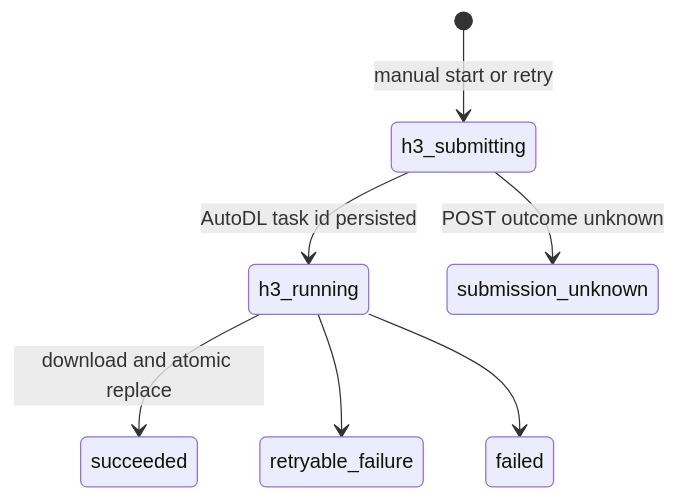
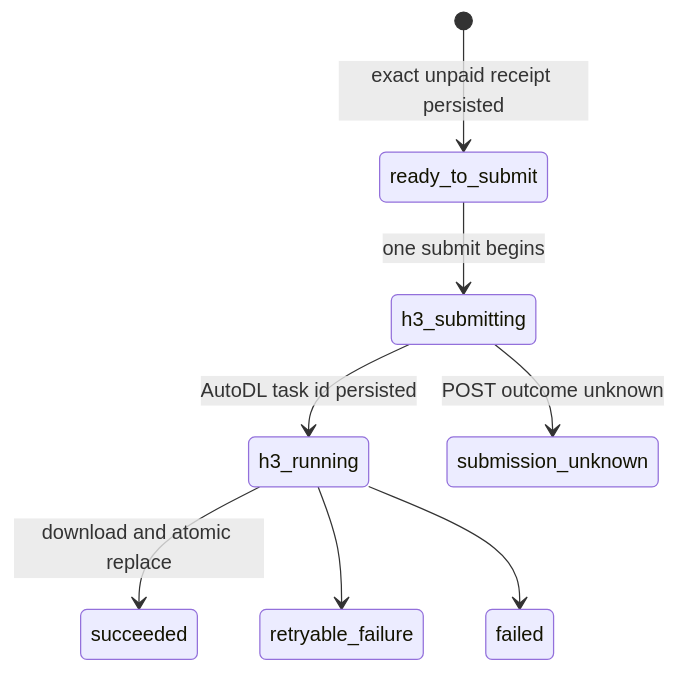
Before and after one commit to xy-plus/duet-ad: the third of 3 diagrams in docs/agent/architecture/architecture.md, drawn with Mermaid. The commit also changed other lines of this file and 3 other files, not shown here.

````diff
--- a/docs/agent/architecture/architecture.md
+++ b/docs/agent/architecture/architecture.md
@@ -110,9 +110,10 @@
 ```mermaid
 stateDiagram-v2
-  [*] --> h3_submitting: manual start or retry
+  [*] --> ready_to_submit: exact unpaid receipt persisted
+  ready_to_submit --> h3_submitting: one submit begins
   h3_submitting --> h3_running: AutoDL task id persisted
   h3_submitting --> submission_unknown: POST outcome unknown
   h3_running --> succeeded: download and atomic replace
   h3_running --> retryable_failure
   h3_running --> failed
 ```
````
